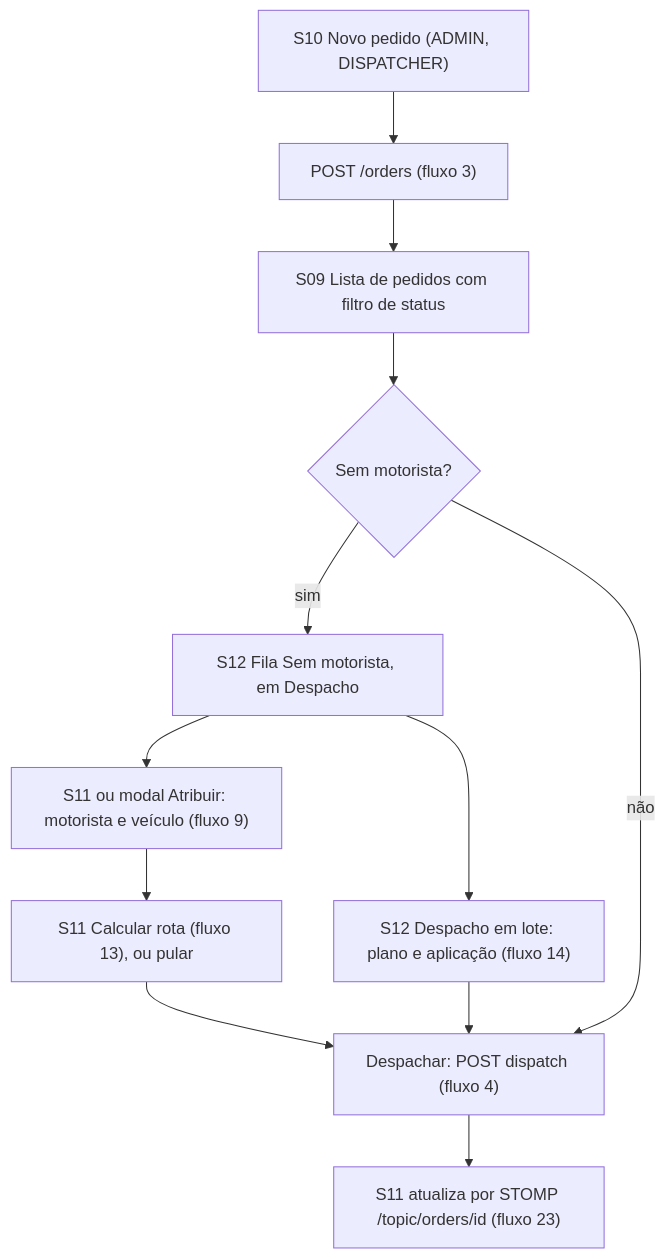
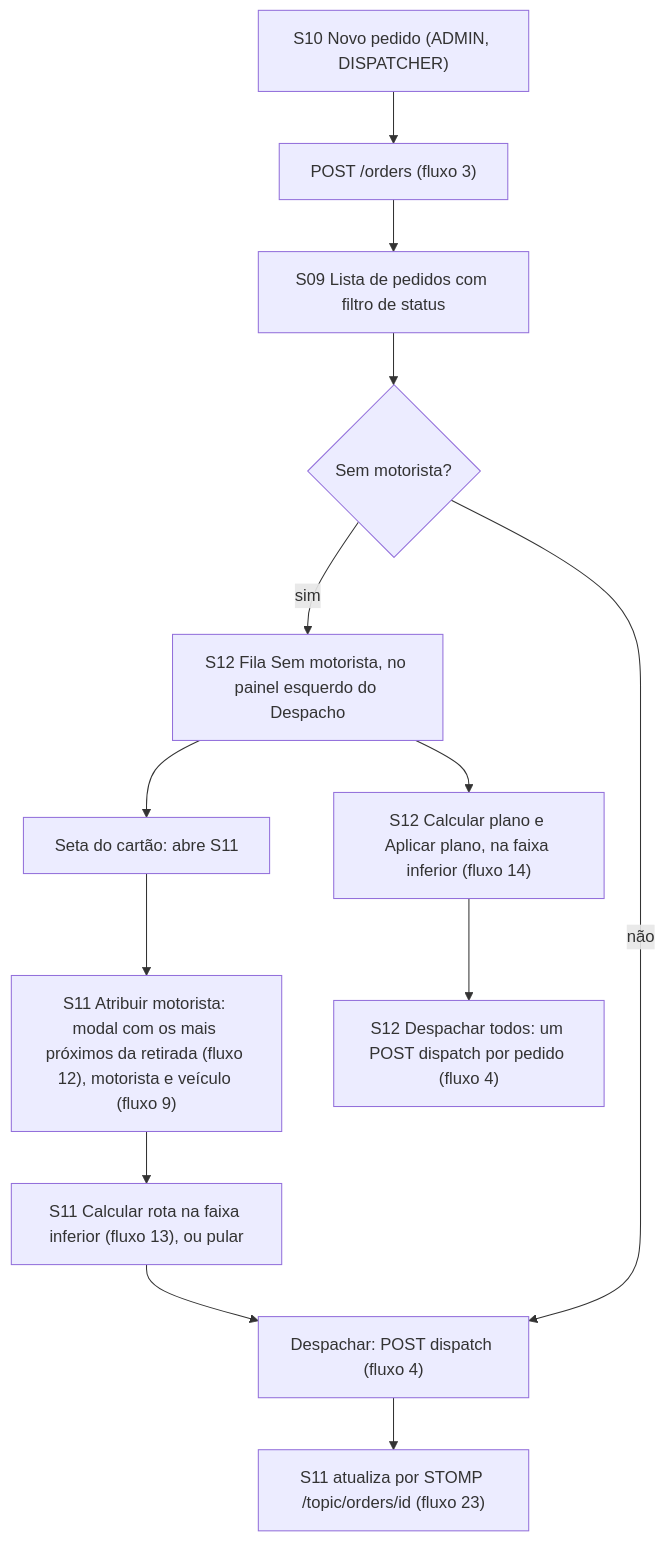
One commit to Edryck/kj-fleets changed the fourth of 9 diagrams in docs/flows/frontend/flow-pedido-telas.md. Above: the diagram before and after it, drawn with Mermaid. The commit also changed other lines of this file and 138 other files, not shown here.

````diff
--- a/docs/flows/frontend/flow-pedido-telas.md
+++ b/docs/flows/frontend/flow-pedido-telas.md
@@ -28,14 +68,15 @@
 ```mermaid
 flowchart TD
     N["S10 Novo pedido (ADMIN, DISPATCHER)"] --> C["POST /orders (fluxo 3)"]
     C --> L["S09 Lista de pedidos com filtro de status"]
     L --> Q{"Sem motorista?"}
-    Q -- sim --> FQ["S12 Fila Sem motorista, em Despacho"]
-    FQ --> AT["S11 ou modal Atribuir: motorista e veículo (fluxo 9)"]
-    AT --> RT["S11 Calcular rota (fluxo 13), ou pular"]
+    Q -- sim --> FQ["S12 Fila Sem motorista, no painel esquerdo do Despacho"]
+    FQ --> OP["Seta do cartão: abre S11"]
+    OP --> AT["S11 Atribuir motorista: modal com os mais próximos da retirada (fluxo 12), motorista e veículo (fluxo 9)"]
+    AT --> RT["S11 Calcular rota na faixa inferior (fluxo 13), ou pular"]
     RT --> DP["Despachar: POST dispatch (fluxo 4)"]
     Q -- não --> DP
     DP --> LIVE["S11 atualiza por STOMP /topic/orders/id (fluxo 23)"]
-    FQ --> BATCH["S12 Despacho em lote: plano e aplicação (fluxo 14)"]
-    BATCH --> DP
+    FQ --> BATCH["S12 Calcular plano e Aplicar plano, na faixa inferior (fluxo 14)"]
+    BATCH --> DPA["S12 Despachar todos: um POST dispatch por pedido (fluxo 4)"]
 ```
````
